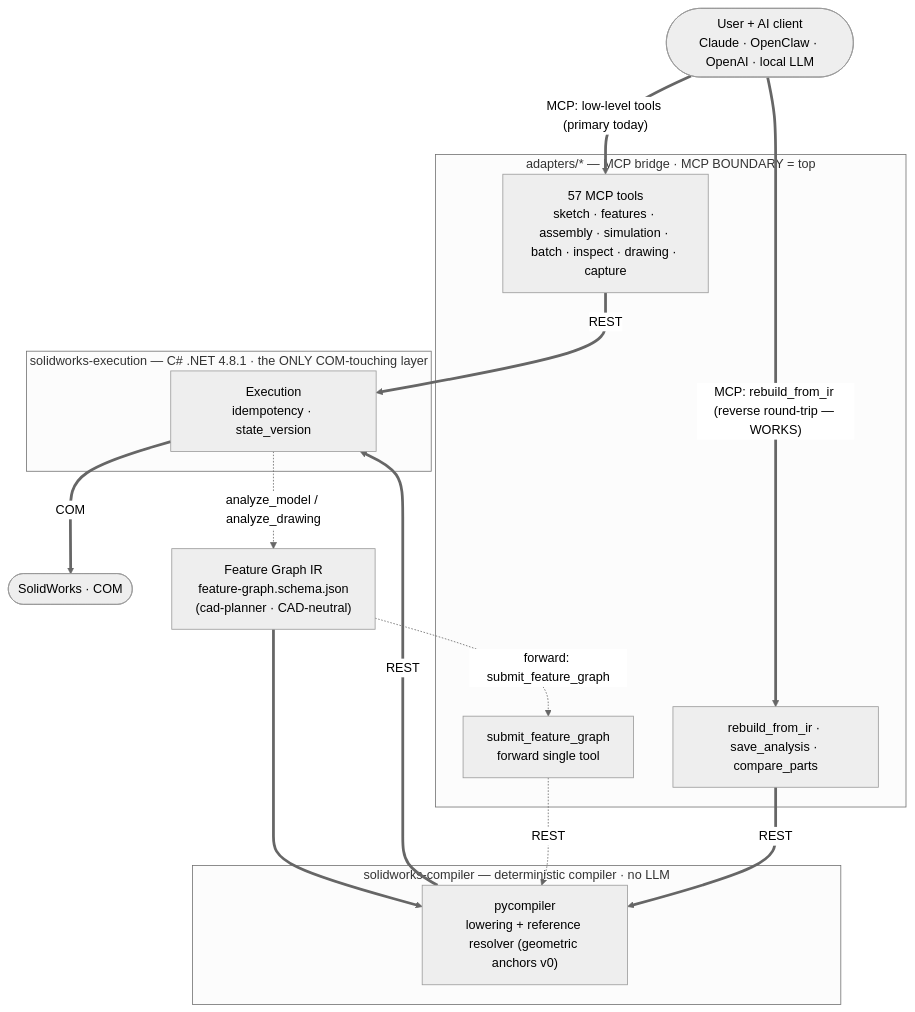
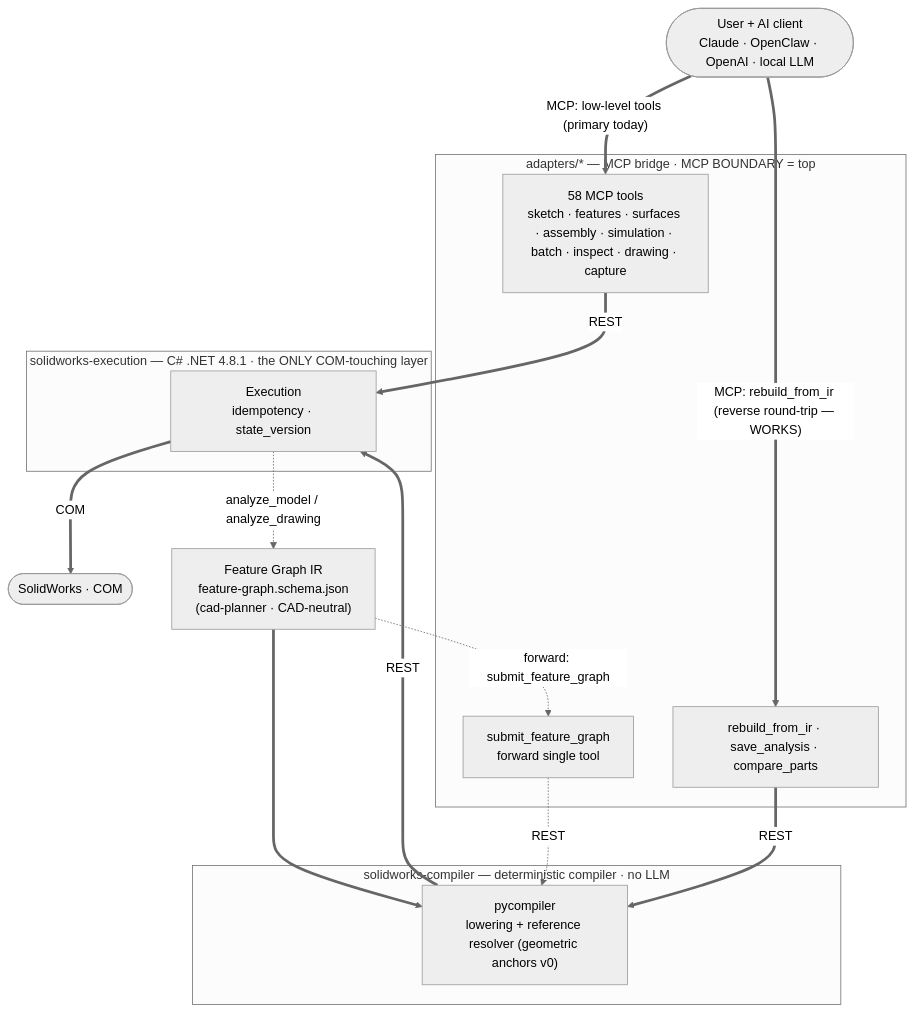
Before and after one commit to Bennyco86/q3ds-solidworks-mcp: the diagram in README.md, drawn with Mermaid (neutral theme). The commit also changed other lines of this file and 6 other files, not shown here.

First line of the commit message:
Add knit_surfaces (58 tools) with honest solid/open reporting

````diff
--- a/README.md
+++ b/README.md
@@ -52,38 +53,38 @@
 ```mermaid
 flowchart TD
     U(["User + AI client<br/>Claude · OpenClaw · OpenAI · local LLM"])
 
     subgraph ADAPT["adapters/* — MCP bridge · MCP BOUNDARY = top"]
-        LOW["57 MCP tools<br/>sketch · features · assembly · simulation · batch · inspect · drawing · capture"]
+        LOW["58 MCP tools<br/>sketch · features · surfaces · assembly · simulation · batch · inspect · drawing · capture"]
         RIR["rebuild_from_ir · save_analysis · compare_parts"]
         SFG["submit_feature_graph<br/>forward single tool"]
     end
 
     IR["Feature Graph IR<br/>feature-graph.schema.json<br/>(cad-planner · CAD-neutral)"]
 
     subgraph COMP["solidworks-compiler — deterministic compiler · no LLM"]
         CO["pycompiler<br/>lowering + reference resolver (geometric anchors v0)"]
     end
 
     subgraph EXE["solidworks-execution — C# .NET 4.8.1 · the ONLY COM-touching layer"]
         EX["Execution<br/>idempotency · state_version"]
     end
 
     SW(["SolidWorks · COM"])
 
     %% Working today (thick)
     U == "MCP: low-level tools (primary today)" ==> LOW
     LOW == "REST" ==> EX
     U == "MCP: rebuild_from_ir (reverse round-trip — WORKS)" ==> RIR
     IR ==> CO
     RIR == "REST" ==> CO
     CO == "REST" ==> EX
     EX == "COM" ==> SW
 
     %% Reverse discovery step: read an existing part → propose an IR
     EX -. "analyze_model / analyze_drawing" .-> IR
 
     %% Planned forward collapse (dashed)
     IR -. "forward: submit_feature_graph" .-> SFG
     SFG -. "REST" .-> CO
 ```
````
